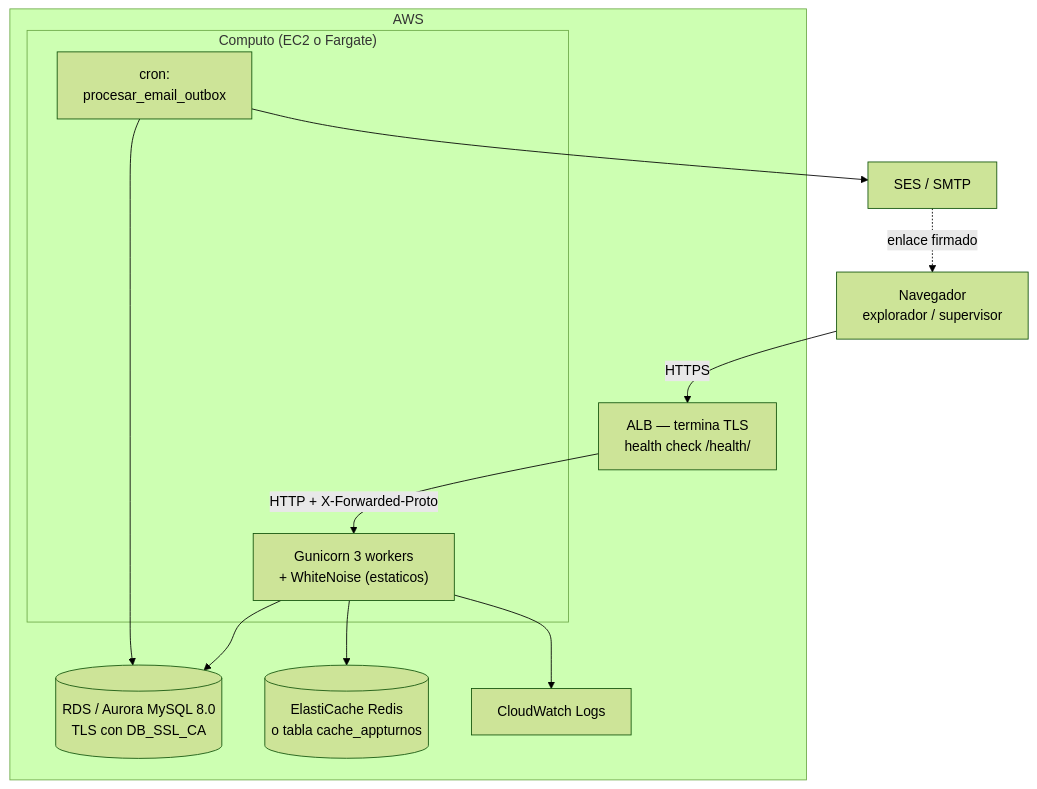
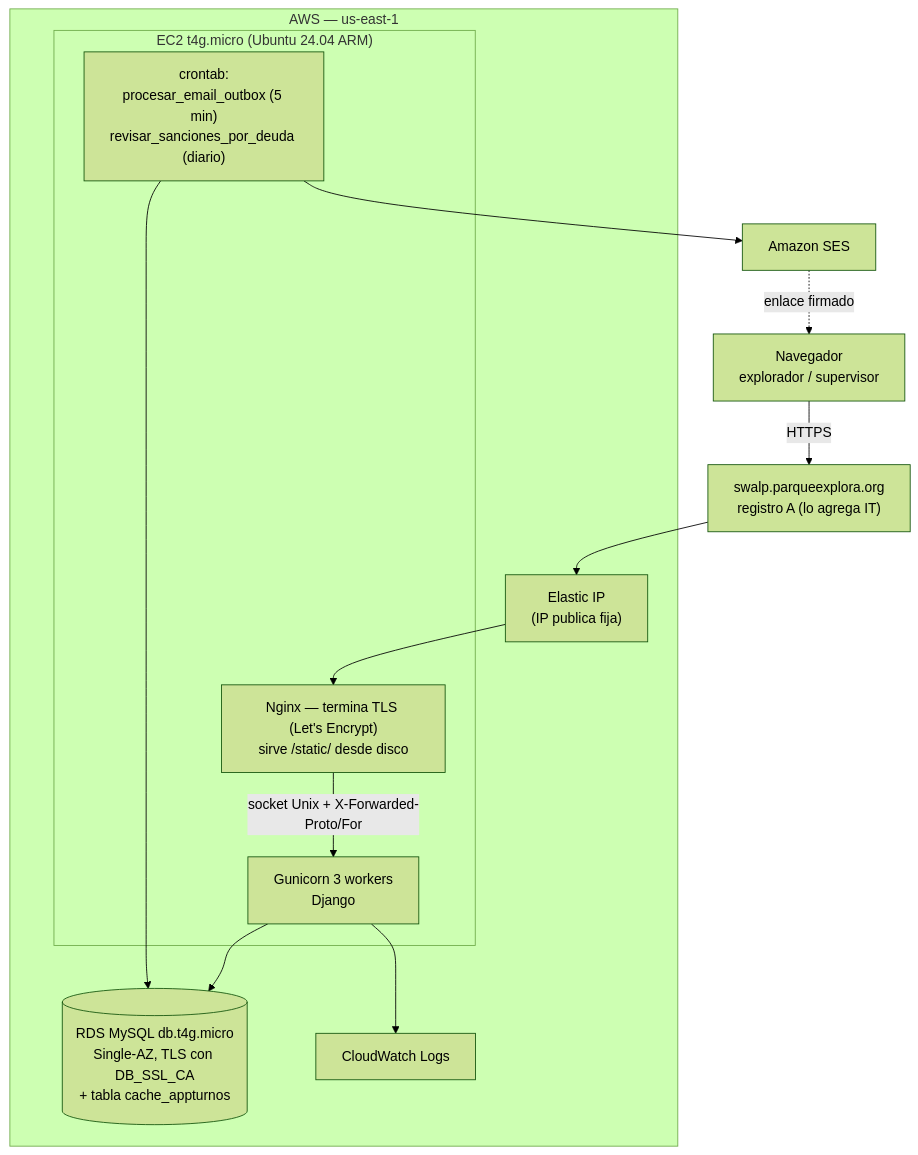
Before and after one commit to ManuelCris29/turnosEx: the sixth of 6 diagrams in AppTurnosExplora/docs/manual_tecnico.md, drawn with Mermaid (forest theme). The commit also changed other lines of this file and 2 other files, not shown here.

````diff
--- a/AppTurnosExplora/docs/manual_tecnico.md
+++ b/AppTurnosExplora/docs/manual_tecnico.md
@@ -1702,24 +1708,26 @@
 ```mermaid
 flowchart TB
     USER["Navegador<br/>explorador / supervisor"]
-    subgraph AWS["AWS"]
-        ALB["ALB — termina TLS<br/>health check /health/"]
-        subgraph COMPUTE["Computo (EC2 o Fargate)"]
-            GUNI["Gunicorn 3 workers<br/>+ WhiteNoise (estaticos)"]
-            CRONJ["cron:<br/>procesar_email_outbox"]
+    DNS["swalp.parqueexplora.org<br/>registro A (lo agrega IT)"]
+    subgraph AWS["AWS — us-east-1"]
+        EIP["Elastic IP<br/>(IP publica fija)"]
+        subgraph EC2BOX["EC2 t4g.micro (Ubuntu 24.04 ARM)"]
+            NGINX["Nginx — termina TLS (Let's Encrypt)<br/>sirve /static/ desde disco"]
+            GUNI["Gunicorn 3 workers<br/>Django"]
+            CRONJ["crontab:<br/>procesar_email_outbox (5 min)<br/>revisar_sanciones_por_deuda (diario)"]
         end
-        RDS[("RDS / Aurora MySQL 8.0<br/>TLS con DB_SSL_CA")]
-        CACHEBOX[("ElastiCache Redis<br/>o tabla cache_appturnos")]
+        RDS[("RDS MySQL db.t4g.micro<br/>Single-AZ, TLS con DB_SSL_CA<br/>+ tabla cache_appturnos")]
         LOGS["CloudWatch Logs"]
     end
-    SES["SES / SMTP"]
+    SES["Amazon SES"]
 
-    USER -->|HTTPS| ALB
-    ALB -->|HTTP + X-Forwarded-Proto| GUNI
+    USER -->|HTTPS| DNS
+    DNS --> EIP
+    EIP --> NGINX
+    NGINX -->|socket Unix + X-Forwarded-Proto/For| GUNI
     GUNI --> RDS
-    GUNI --> CACHEBOX
     GUNI --> LOGS
     CRONJ --> RDS
     CRONJ --> SES
     SES -.->|enlace firmado| USER
 ```
````
